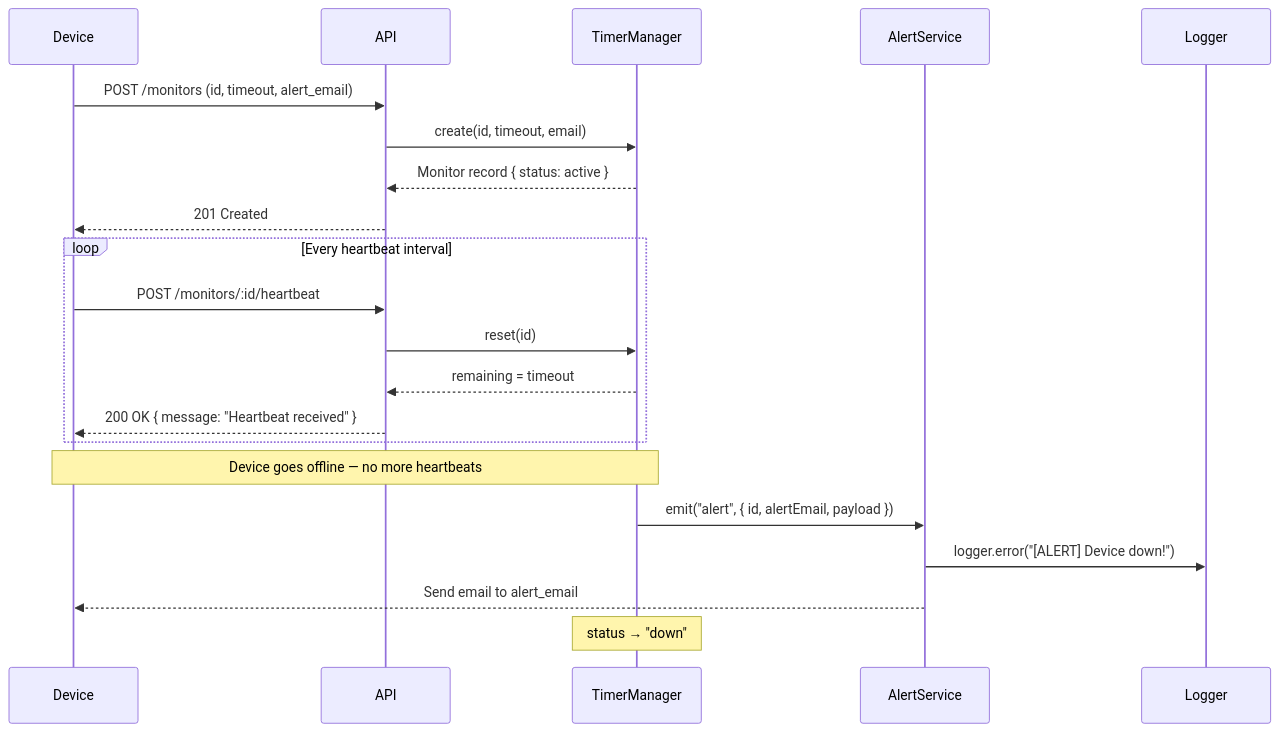
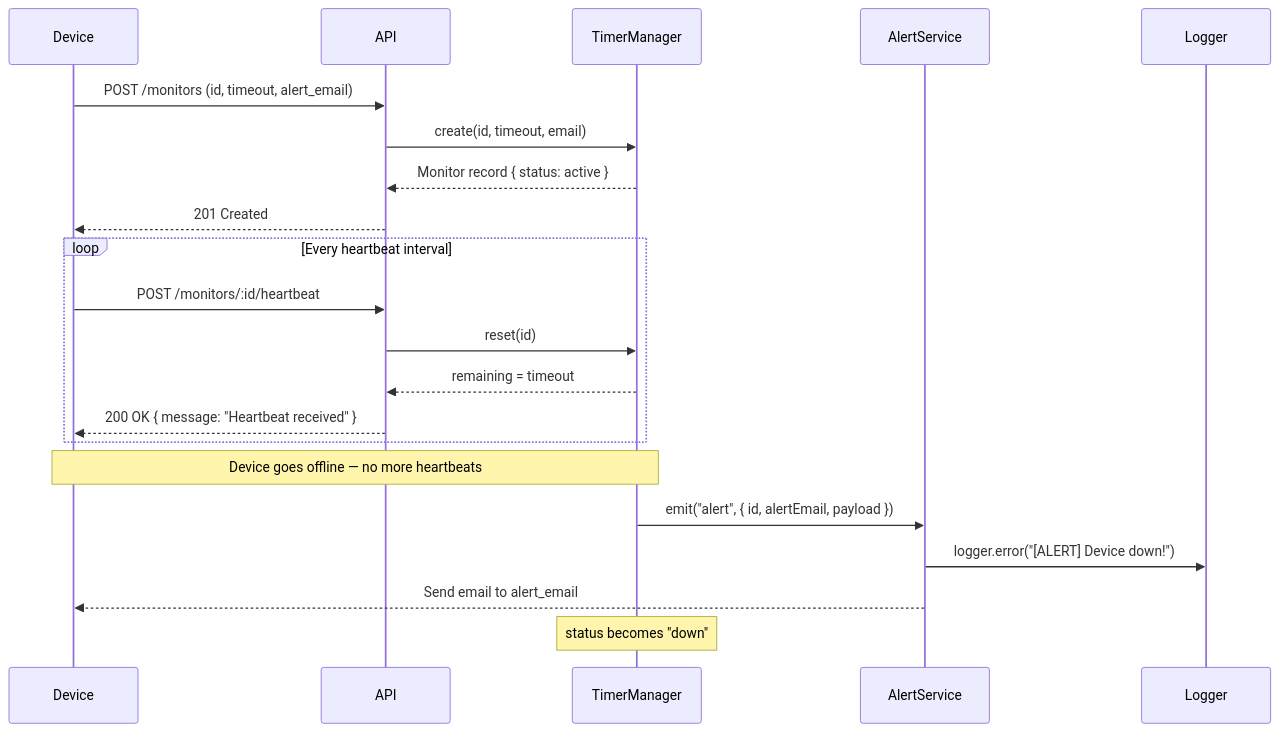
The first of 2 diagrams in README.md (Moses-Arthu/Pulse-Check-API), drawn with Mermaid before and after one commit. The commit also changed other lines of this file, not shown here.

````diff
--- a/README.md
+++ b/README.md
@@ -67,27 +67,27 @@
 ```mermaid
 sequenceDiagram
     participant Device
     participant API
     participant TimerManager
     participant AlertService
     participant Logger
 
     Device->>API: POST /monitors (id, timeout, alert_email)
     API->>TimerManager: create(id, timeout, email)
     TimerManager-->>API: Monitor record { status: active }
     API-->>Device: 201 Created
 
     loop Every heartbeat interval
         Device->>API: POST /monitors/:id/heartbeat
         API->>TimerManager: reset(id)
         TimerManager-->>API: remaining = timeout
         API-->>Device: 200 OK { message: "Heartbeat received" }
     end
 
     Note over Device,TimerManager: Device goes offline — no more heartbeats
 
     TimerManager->>AlertService: emit("alert", { id, alertEmail, payload })
     AlertService->>Logger: logger.error("[ALERT] Device down!")
     AlertService-->>Device: Send email to alert_email
-    Note over TimerManager: status → "down"
+    Note over TimerManager: status becomes "down"
 ```
````
